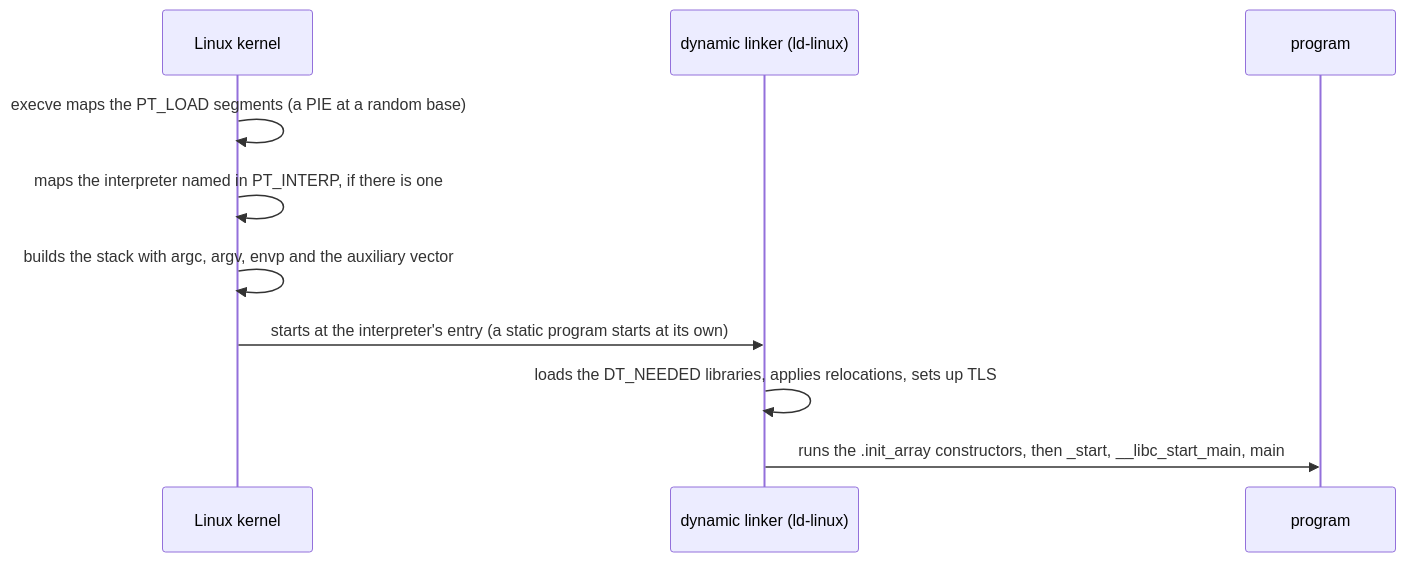
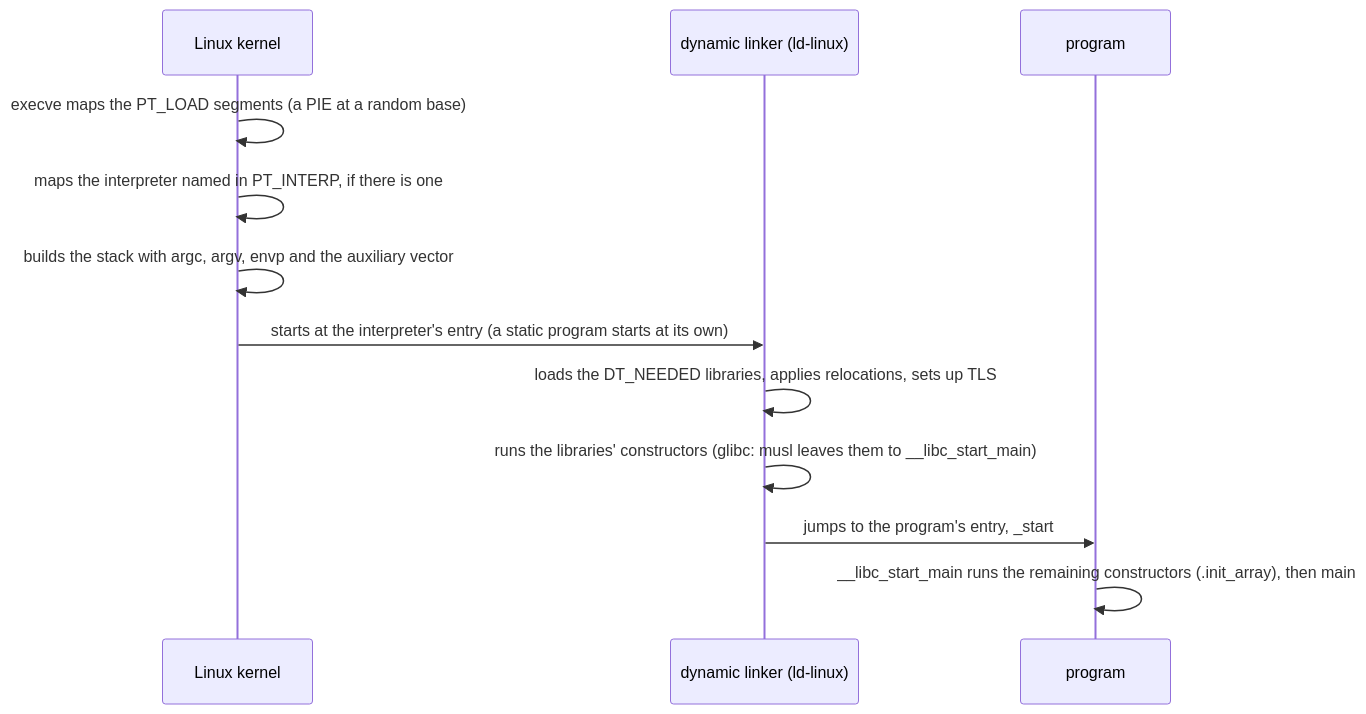
The fourth of 5 diagrams in docs/linking.md (e6qu/fun-with-emulators), drawn with Mermaid before and after one commit. The commit also changed other lines of this file and 220 other files, not shown here.

````diff
--- a/docs/linking.md
+++ b/docs/linking.md
@@ -521,12 +523,14 @@
 ```mermaid
 sequenceDiagram
     participant K as Linux kernel
     participant L as dynamic linker (ld-linux)
     participant P as program
     K->>K: execve maps the PT_LOAD segments (a PIE at a random base)
     K->>K: maps the interpreter named in PT_INTERP, if there is one
     K->>K: builds the stack with argc, argv, envp and the auxiliary vector
     K->>L: starts at the interpreter's entry (a static program starts at its own)
     L->>L: loads the DT_NEEDED libraries, applies relocations, sets up TLS
-    L->>P: runs the .init_array constructors, then _start, __libc_start_main, main
+    L->>L: runs the libraries' constructors (glibc: musl leaves them to __libc_start_main)
+    L->>P: jumps to the program's entry, _start
+    P->>P: __libc_start_main runs the remaining constructors (.init_array), then main
 ```
````
